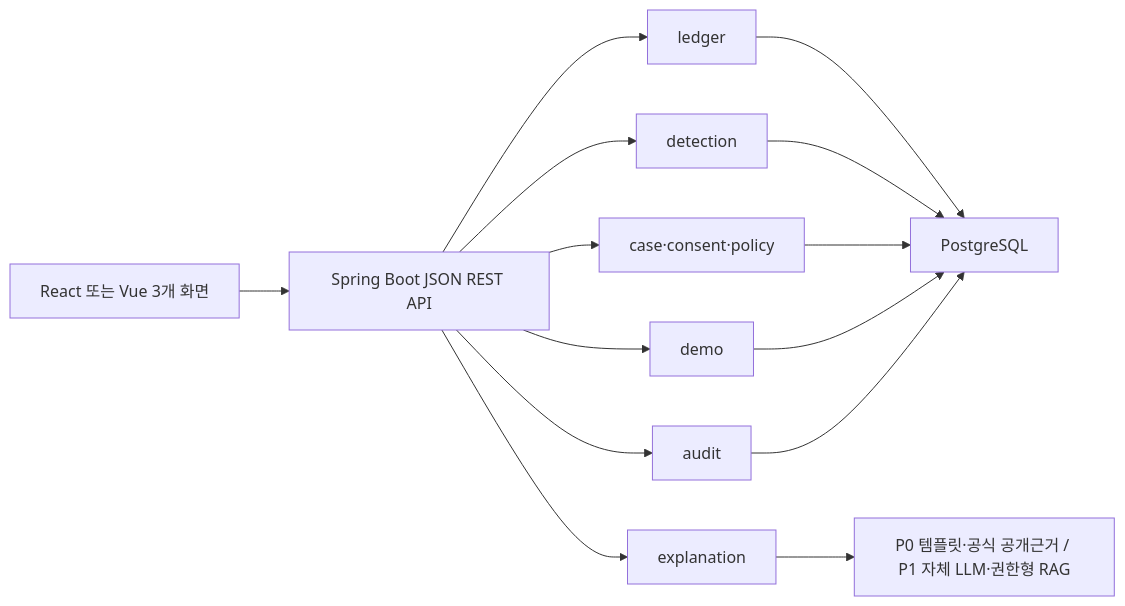
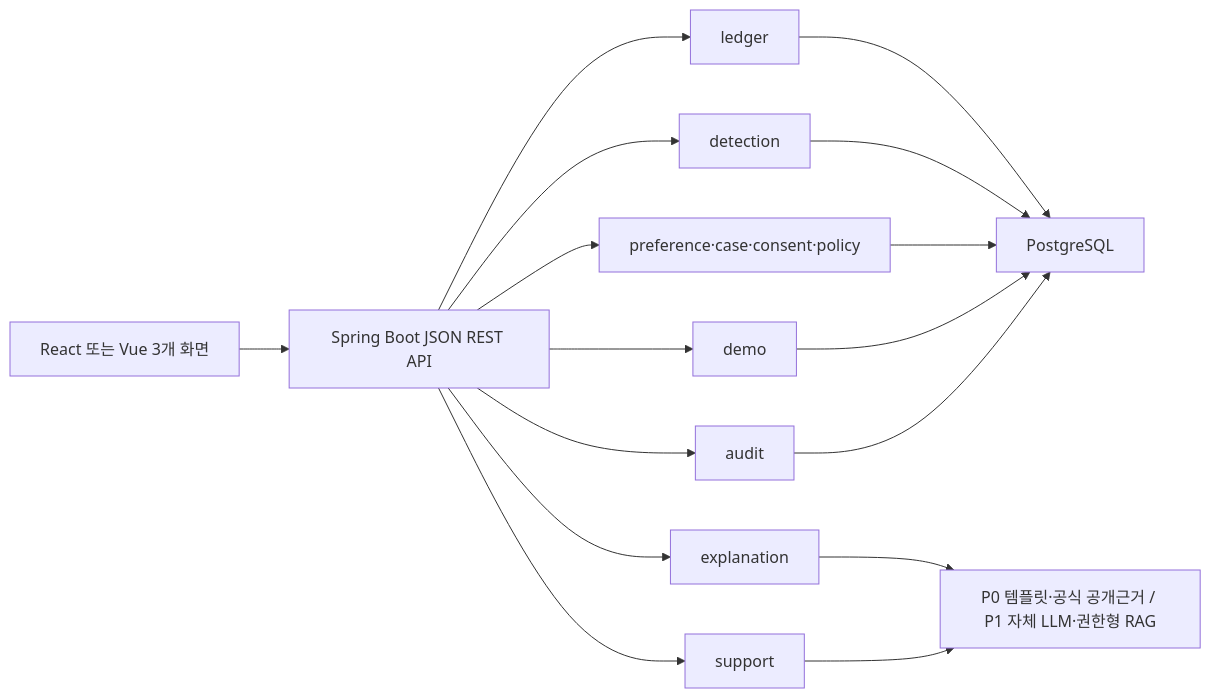
The second of 3 diagrams in ALZS_WELL_PROJECT_SSOT.md (xixvivji/alzs-well), drawn with Mermaid before and after one commit. The commit also changed other lines of this file, not shown here.

````diff
--- a/ALZS_WELL_PROJECT_SSOT.md
+++ b/ALZS_WELL_PROJECT_SSOT.md
@@ -1031,16 +1070,18 @@
 ```mermaid
 flowchart LR
     A["React 또는 Vue 3개 화면"] --> B["Spring Boot JSON REST API"]
     B --> C["ledger"]
     B --> D["detection"]
-    B --> E["case·consent·policy"]
+    B --> E["preference·case·consent·policy"]
     B --> F["explanation"]
+    B --> K["support"]
     B --> G["demo"]
     B --> H["audit"]
     C --> I["PostgreSQL"]
     D --> I
     E --> I
     F --> J["P0 템플릿·공식 공개근거 / P1 자체 LLM·권한형 RAG"]
+    K --> J
     G --> I
     H --> I
 ```
````
